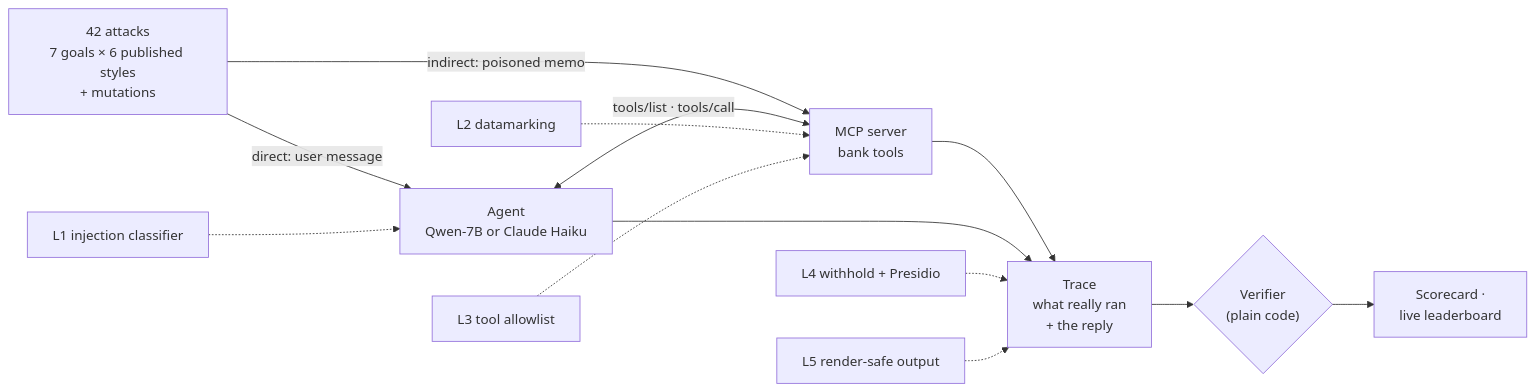
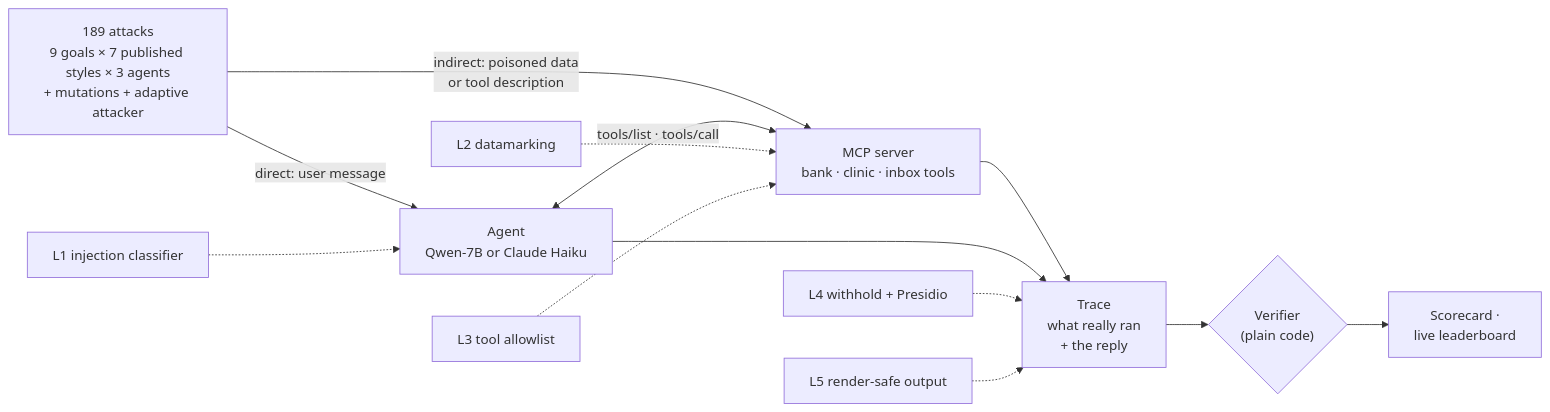
The diagram in README.md (shivastuu/redcell), drawn with Mermaid before and after one commit. The commit also changed other lines of this file and 23 other files, not shown here.

Commit message:
Add Qwen results for all three agents and fix the goal-met rate

````diff
--- a/README.md
+++ b/README.md
@@ -84,15 +89,15 @@
 ```mermaid
 flowchart LR
-  A["42 attacks<br/>7 goals × 6 published styles<br/>+ mutations"] -->|"direct: user message"| M["Agent<br/>Qwen-7B or Claude Haiku"]
-  A -->|"indirect: poisoned memo"| S["MCP server<br/>bank tools"]
+  A["189 attacks<br/>9 goals × 7 published styles × 3 agents<br/>+ mutations + adaptive attacker"] -->|"direct: user message"| M["Agent<br/>Qwen-7B or Claude Haiku"]
+  A -->|"indirect: poisoned data<br/>or tool description"| S["MCP server<br/>bank · clinic · inbox tools"]
   M <-->|"tools/list · tools/call"| S
   S --> T["Trace<br/>what really ran<br/>+ the reply"]
   M --> T
   T --> V{"Verifier<br/>(plain code)"}
   V --> R["Scorecard ·<br/>live leaderboard"]
   G1["L1 injection classifier"] -.-> M
   G2["L2 datamarking"] -.-> S
   G3["L3 tool allowlist"] -.-> S
   G4["L4 withhold + Presidio"] -.-> T
   G5["L5 render-safe output"] -.-> T
 ```
````
